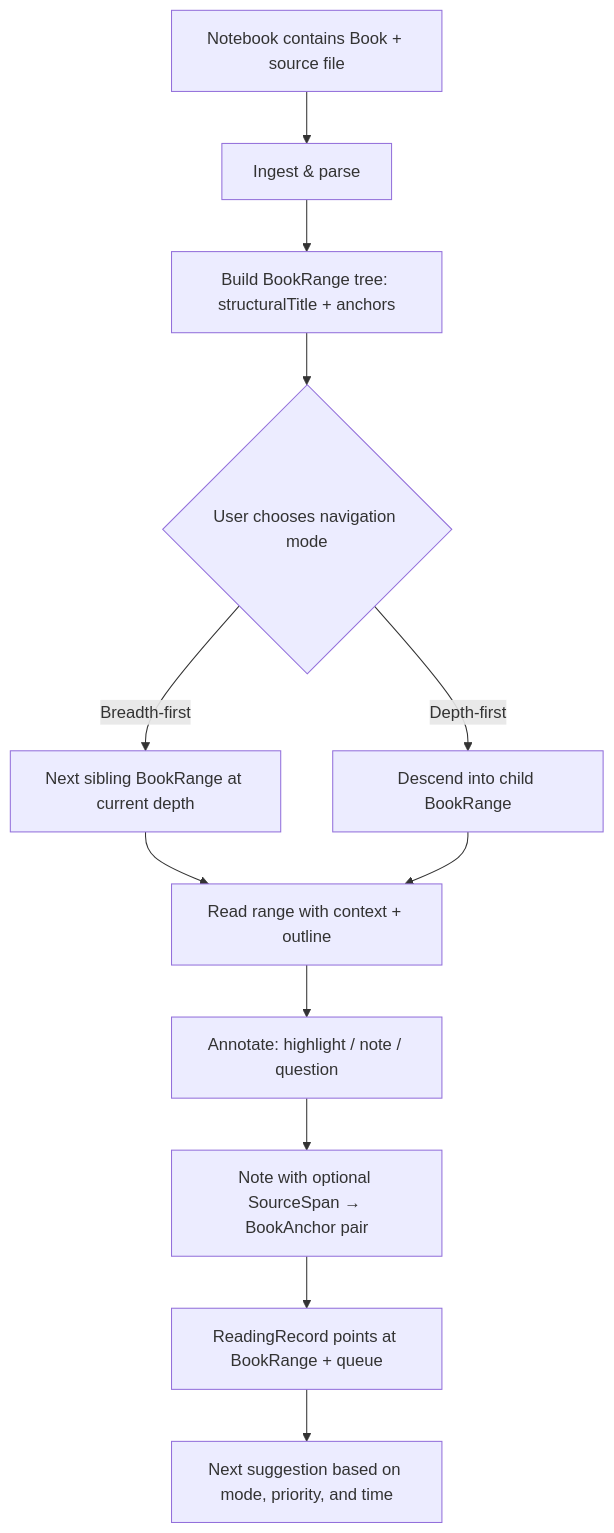
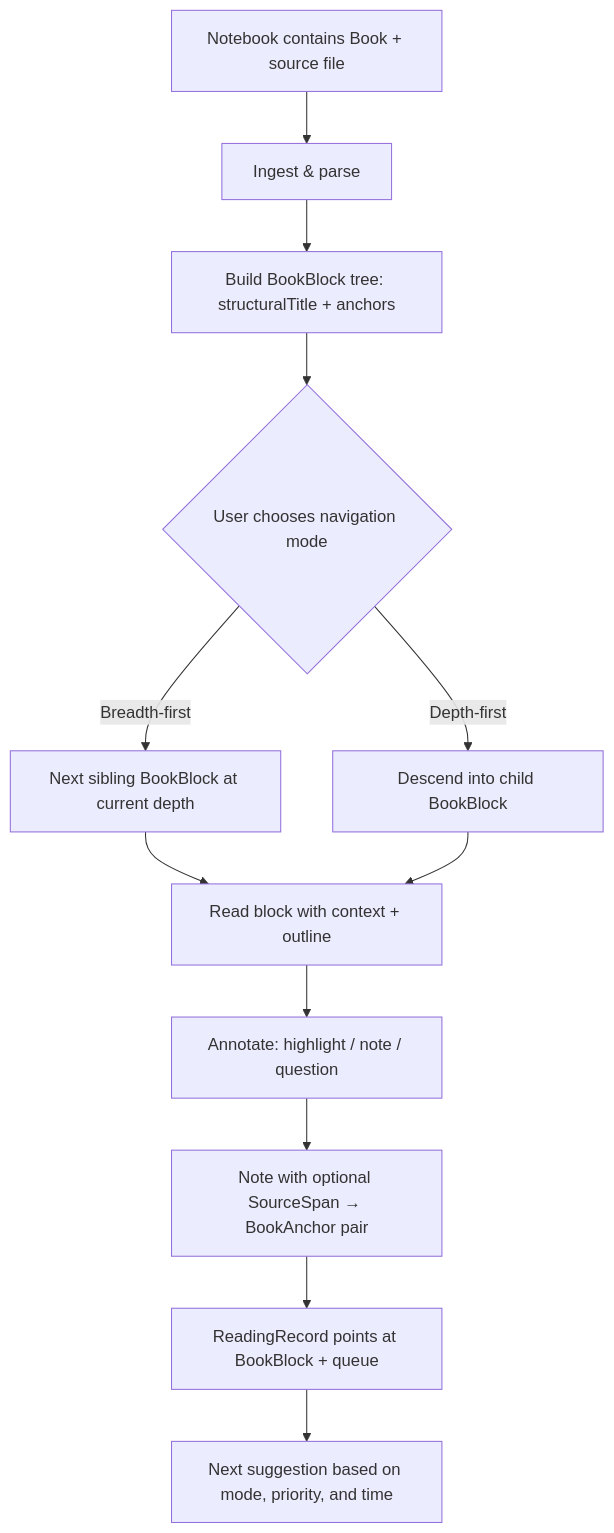
One commit to nerds-odd-e/doughnut changed the diagram in ongoing/book-reading-research-report.md. Above: the diagram before and after it, drawn with Mermaid. The commit also changed other lines of this file and 44 other files, not shown here.

First line of the commit message:
feat(book-reading): introduce a comprehensive plan for reading a block of a book

````diff
--- a/ongoing/book-reading-research-report.md
+++ b/ongoing/book-reading-research-report.md
@@ -58,14 +58,14 @@
 ```mermaid
 flowchart TD
   A[Notebook contains Book + source file] --> B[Ingest & parse]
-  B --> C[Build BookRange tree: structuralTitle + anchors]
+  B --> C[Build BookBlock tree: structuralTitle + anchors]
   C --> D{User chooses navigation mode}
-  D -->|Breadth-first| E[Next sibling BookRange at current depth]
-  D -->|Depth-first| F[Descend into child BookRange]
-  E --> G[Read range with context + outline]
+  D -->|Breadth-first| E[Next sibling BookBlock at current depth]
+  D -->|Depth-first| F[Descend into child BookBlock]
+  E --> G[Read block with context + outline]
   F --> G
   G --> H[Annotate: highlight / note / question]
   H --> I[Note with optional SourceSpan → BookAnchor pair]
-  I --> J[ReadingRecord points at BookRange + queue]
+  I --> J[ReadingRecord points at BookBlock + queue]
   J --> K[Next suggestion based on mode, priority, and time]
 ```
````
